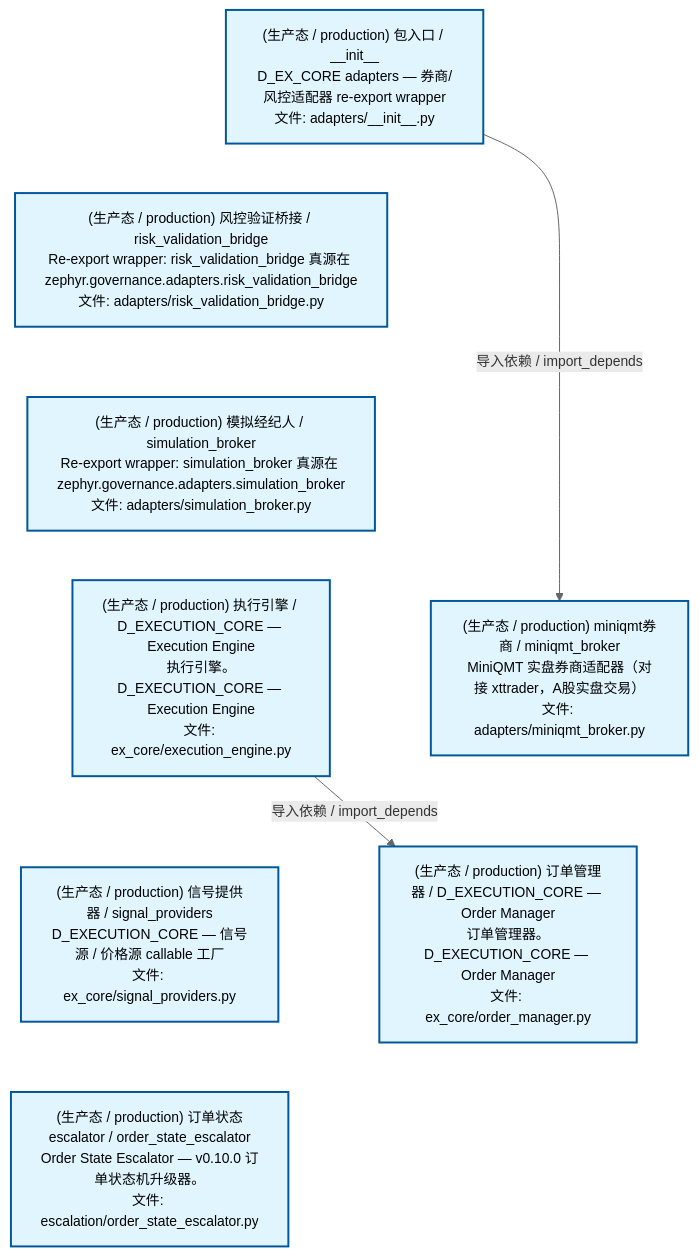
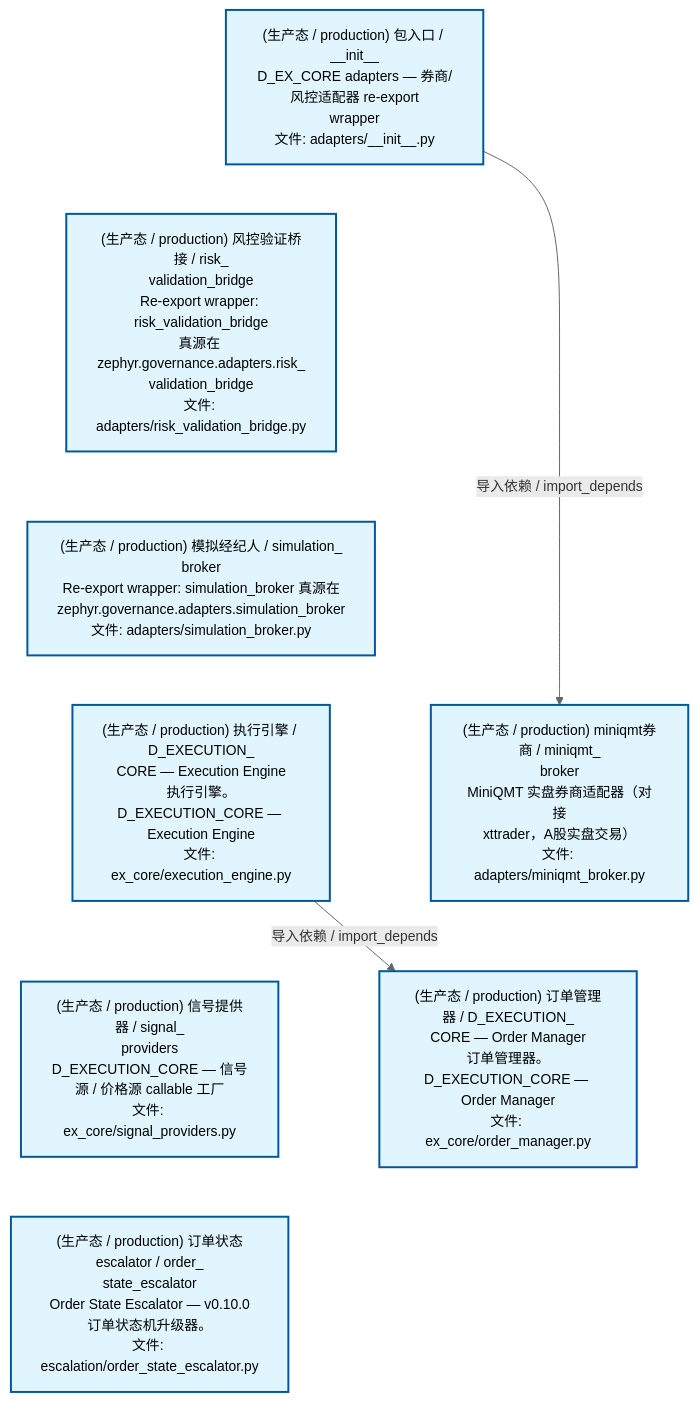
One commit to xuanFelixVan/ZephyrAlpha changed the second of 4 diagrams in docs/02_enterprise_architecture/02_domain_architecture_docs/44_d_ex_core.md. Above: the diagram before and after it, drawn with Mermaid. The commit also changed other lines of this file and 61 other files, not shown here.

````diff
--- a/docs/02_enterprise_architecture/02_domain_architecture_docs/44_d_ex_core.md
+++ b/docs/02_enterprise_architecture/02_domain_architecture_docs/44_d_ex_core.md
@@ -169,25 +169,25 @@
 ```mermaid
 %%{init: {'theme': 'base', 'themeVariables': {'primaryColor': '#eaeaea', 'primaryTextColor': '#333333', 'primaryBorderColor': '#666666', 'lineColor': '#666666', 'secondaryColor': '#eaeaea', 'tertiaryColor': '#eaeaea', 'fontSize': '14px'}}}%%
 flowchart TD
-    src_zephyr_ex_core_adapters_init_py["(生产态 / production) 包入口 / __init__<br/>D_EX_CORE adapters — 券商/风控适配器 re-export wrapper<br/>文件: adapters/__init__.py"]
-    src_zephyr_ex_core_adapters_risk_validation_bridge_py["(生产态 / production) 风控验证桥接 / risk_validation_bridge<br/>Re-export wrapper: risk_validation_bridge 真源在 zephyr.governance.adapters.risk_validation_bridge<br/>文件: adapters/risk_validation_bridge.py"]
-    src_zephyr_ex_core_adapters_simulation_broker_py["(生产态 / production) 模拟经纪人 / simulation_broker<br/>Re-export wrapper: simulation_broker 真源在 zephyr.governance.adapters.simulation_broker<br/>文件: adapters/simulation_broker.py"]
-    src_zephyr_ex_core_execution_engine_py["(生产态 / production) 执行引擎 / D_EXECUTION_CORE — Execution Engine<br/>执行引擎。D_EXECUTION_CORE — Execution Engine<br/>文件: ex_core/execution_engine.py"]
-    src_zephyr_ex_core_signal_providers_py["(生产态 / production) 信号提供器 / signal_providers<br/>D_EXECUTION_CORE — 信号源 / 价格源 callable 工厂<br/>文件: ex_core/signal_providers.py"]
-    src_zephyr_governance_escalation_order_state_escalator_py["(生产态 / production) 订单状态escalator / order_state_escalator<br/>Order State Escalator — v0.10.0 订单状态机升级器。<br/>文件: escalation/order_state_escalator.py"]
+    src_zephyr_ex_core_adapters_init_py["(生产态 / production) 包入口 / __init__<br/>D_EX_CORE adapters — 券商/风控适配器 re-export<br/>wrapper<br/>文件: adapters/__init__.py"]
+    src_zephyr_ex_core_adapters_risk_validation_bridge_py["(生产态 / production) 风控验证桥接 / risk_<br/>validation_bridge<br/>Re-export wrapper: risk_validation_bridge<br/>真源在 zephyr.governance.adapters.risk_<br/>validation_bridge<br/>文件: adapters/risk_validation_bridge.py"]
+    src_zephyr_ex_core_adapters_simulation_broker_py["(生产态 / production) 模拟经纪人 / simulation_<br/>broker<br/>Re-export wrapper: simulation_broker 真源在<br/>zephyr.governance.adapters.simulation_broker<br/>文件: adapters/simulation_broker.py"]
+    src_zephyr_ex_core_execution_engine_py["(生产态 / production) 执行引擎 / D_EXECUTION_<br/>CORE — Execution Engine<br/>执行引擎。D_EXECUTION_CORE — Execution Engine<br/>文件: ex_core/execution_engine.py"]
+    src_zephyr_ex_core_signal_providers_py["(生产态 / production) 信号提供器 / signal_<br/>providers<br/>D_EXECUTION_CORE — 信号源 / 价格源 callable 工厂<br/>文件: ex_core/signal_providers.py"]
+    src_zephyr_governance_escalation_order_state_escalator_py["(生产态 / production) 订单状态escalator / order_<br/>state_escalator<br/>Order State Escalator — v0.10.0<br/>订单状态机升级器。<br/>文件: escalation/order_state_escalator.py"]
     src_zephyr_ex_core_adapters_init_py ~~~ src_zephyr_ex_core_adapters_risk_validation_bridge_py
     src_zephyr_ex_core_adapters_risk_validation_bridge_py ~~~ src_zephyr_ex_core_adapters_simulation_broker_py
     src_zephyr_ex_core_adapters_simulation_broker_py ~~~ src_zephyr_ex_core_execution_engine_py
     src_zephyr_ex_core_execution_engine_py ~~~ src_zephyr_ex_core_signal_providers_py
     src_zephyr_ex_core_signal_providers_py ~~~ src_zephyr_governance_escalation_order_state_escalator_py
-    src_zephyr_ex_core_adapters_miniqmt_broker_py["(生产态 / production) miniqmt券商 / miniqmt_broker<br/>MiniQMT 实盘券商适配器（对接 xttrader，A股实盘交易）<br/>文件: adapters/miniqmt_broker.py"]
-    src_zephyr_ex_core_order_manager_py["(生产态 / production) 订单管理器 / D_EXECUTION_CORE — Order Manager<br/>订单管理器。D_EXECUTION_CORE — Order Manager<br/>文件: ex_core/order_manager.py"]
+    src_zephyr_ex_core_adapters_miniqmt_broker_py["(生产态 / production) miniqmt券商 / miniqmt_<br/>broker<br/>MiniQMT 实盘券商适配器（对接<br/>xttrader，A股实盘交易）<br/>文件: adapters/miniqmt_broker.py"]
+    src_zephyr_ex_core_order_manager_py["(生产态 / production) 订单管理器 / D_EXECUTION_<br/>CORE — Order Manager<br/>订单管理器。D_EXECUTION_CORE — Order Manager<br/>文件: ex_core/order_manager.py"]
     src_zephyr_ex_core_adapters_miniqmt_broker_py ~~~ src_zephyr_ex_core_order_manager_py
     src_zephyr_ex_core_execution_engine_py -->|导入依赖 / import_depends| src_zephyr_ex_core_order_manager_py
     src_zephyr_ex_core_adapters_init_py -->|导入依赖 / import_depends| src_zephyr_ex_core_adapters_miniqmt_broker_py
     classDef production fill:#e1f5fe,stroke:#01579b,stroke-width:2px,color:#000
     classDef design fill:#fff3e0,stroke:#e65100,stroke-width:2px,color:#000,stroke-dasharray: 5 5
     classDef external_prod fill:#e8f4fd,stroke:#0277bd,stroke-width:1px,color:#000
     classDef external_design fill:#fff8e7,stroke:#ef6c00,stroke-width:1px,color:#000,stroke-dasharray: 5 5
     class src_zephyr_ex_core_adapters_init_py,src_zephyr_ex_core_adapters_miniqmt_broker_py,src_zephyr_ex_core_adapters_risk_validation_bridge_py,src_zephyr_ex_core_adapters_simulation_broker_py,src_zephyr_ex_core_execution_engine_py,src_zephyr_ex_core_order_manager_py,src_zephyr_ex_core_signal_providers_py,src_zephyr_governance_escalation_order_state_escalator_py production
 ```
````
